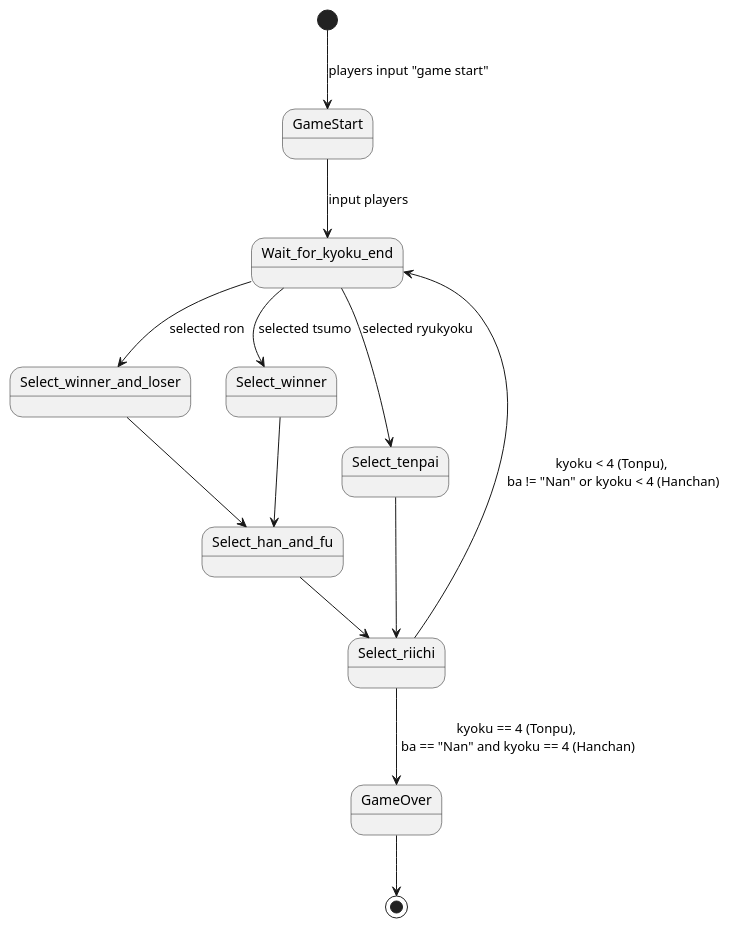
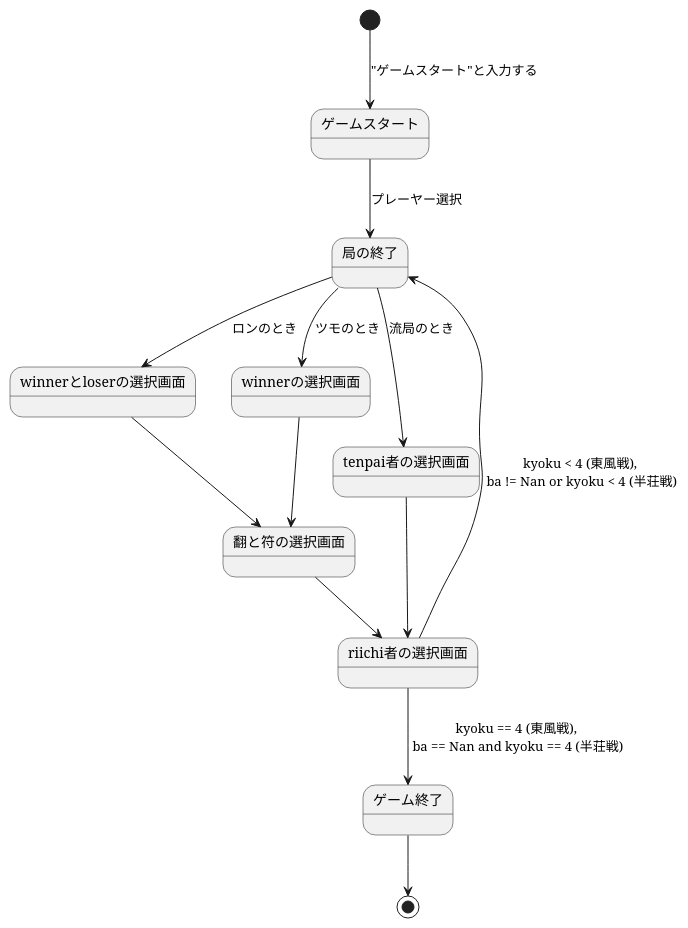
The second of 2 diagrams in docs/model.md (landcelita/mahjong-management-bot), drawn with PlantUML before and after one commit. The commit also changed other lines of this file, not shown here.

````diff
--- a/docs/model.md
+++ b/docs/model.md
@@ -83,15 +120,23 @@
 ```plantuml
+@startuml
 
-[*] --> GameStart: players input "game start"
-GameStart --> Wait_for_kyoku_end: input players 
-Wait_for_kyoku_end --> Select_winner_and_loser: selected ron
-Wait_for_kyoku_end --> Select_winner: selected tsumo
-Wait_for_kyoku_end --> Select_tenpai: selected ryukyoku
-Select_winner_and_loser --> Select_han_and_fu
-Select_winner --> Select_han_and_fu
-Select_tenpai --> Select_riichi
-Select_han_and_fu --> Select_riichi
-Select_riichi --> Wait_for_kyoku_end: kyoku < 4 (Tonpu),\n ba != "Nan" or kyoku < 4 (Hanchan)
-Select_riichi --> GameOver: kyoku == 4 (Tonpu),\n ba == "Nan" and kyoku == 4 (Hanchan)
-GameOver --> [*]
+skinparam {
+  PackageStyle rectangle
+  defaultFontName Serif
+}
+
+[*] --> ゲームスタート: "ゲームスタート"と入力する
+ゲームスタート --> 局の終了: プレーヤー選択
+局の終了 --> winnerとloserの選択画面: ロンのとき
+局の終了 --> winnerの選択画面: ツモのとき
+局の終了 --> tenpai者の選択画面: 流局のとき
+winnerとloserの選択画面 --> 翻と符の選択画面
+winnerの選択画面 --> 翻と符の選択画面
+tenpai者の選択画面 --> riichi者の選択画面
+翻と符の選択画面 --> riichi者の選択画面
+riichi者の選択画面 --> 局の終了: kyoku < 4 (東風戦),\n ba != Nan or kyoku < 4 (半荘戦)
+riichi者の選択画面 --> ゲーム終了: kyoku == 4 (東風戦),\n ba == Nan and kyoku == 4 (半荘戦)
+ゲーム終了 --> [*]
+
+@enduml
 ```
````
